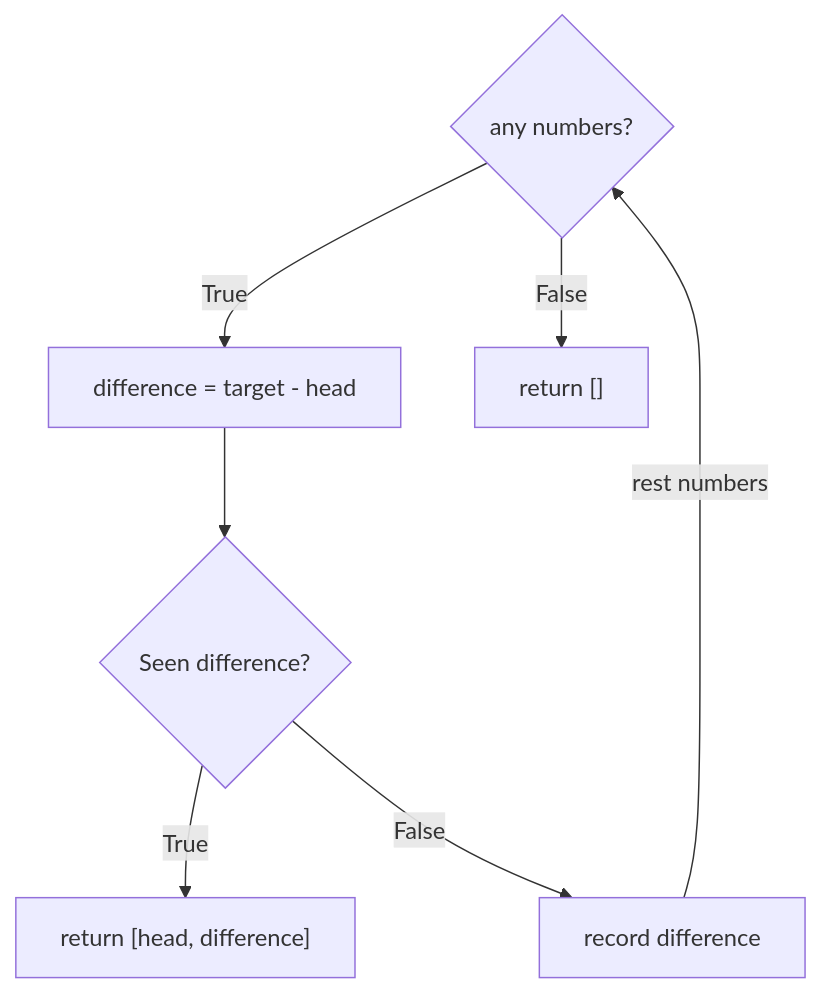
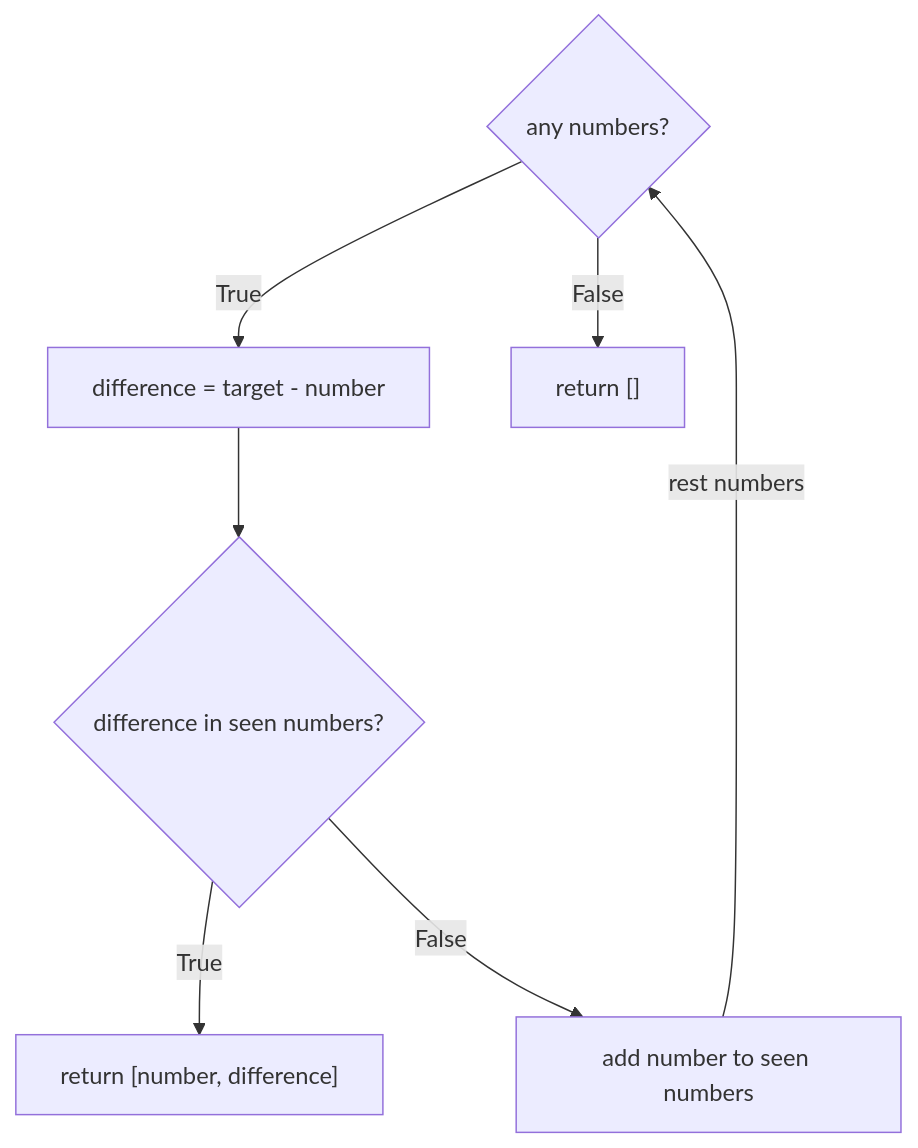
The second of 2 diagrams in AlgoExpert/Arrays/Two-Number-Sum/README.md (grierson/katas), drawn with Mermaid before and after one commit. The commit also changed other lines of this file, not shown here.

````diff
--- a/AlgoExpert/Arrays/Two-Number-Sum/README.md
+++ b/AlgoExpert/Arrays/Two-Number-Sum/README.md
@@ -50,10 +55,10 @@
 ```mermaid
 flowchart TD
 any{"any numbers?"}
-any -->|True| difference["difference = target - head"] --> seen{"Seen difference?"}
+any -->|True| difference["difference = target - number"] --> seen{"difference in seen numbers?"}
 any -->|False| D["return []"]
 
-seen --> |True| return["return [head, difference]"]
-seen --> |False| record["record difference"]
+seen --> |True| return["return [number, difference]"]
+seen --> |False| record["add number to seen numbers"]
 record -->|rest numbers| any
 ```
````
